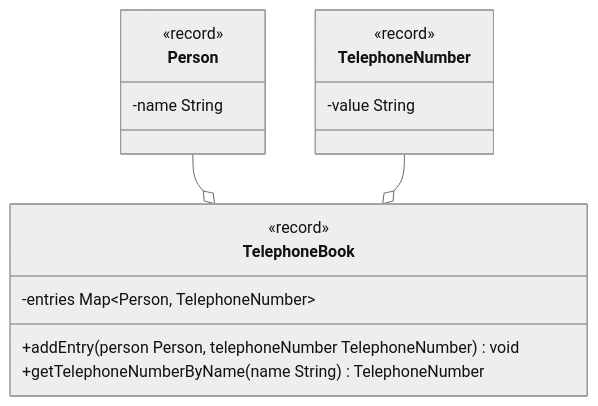
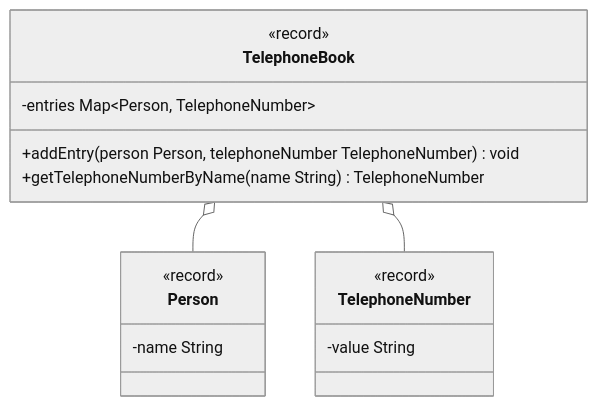
The diagram in docs/exercises/maps/maps01.md (jappuccini/java-docs), drawn with Mermaid (neutral theme) before and after one commit.

````diff
--- a/docs/exercises/maps/maps01.md
+++ b/docs/exercises/maps/maps01.md
@@ -15,22 +15,22 @@
 ```mermaid
 classDiagram
-    Person --o TelephoneBook
-    TelephoneNumber --o TelephoneBook
+    TelephoneBook o-- Person
+    TelephoneBook o-- TelephoneNumber
 
     class Person {
         <<record>>
         -name String
     }
 
     class TelephoneNumber {
         <<record>>
         -value String
     }
 
     class TelephoneBook {
         <<record>>
         -entries Map~Person&#44&#160TelephoneNumber~
         +addEntry(person Person, telephoneNumber TelephoneNumber) void
         +getTelephoneNumberByName(name String) TelephoneNumber
     }
 ```
````
